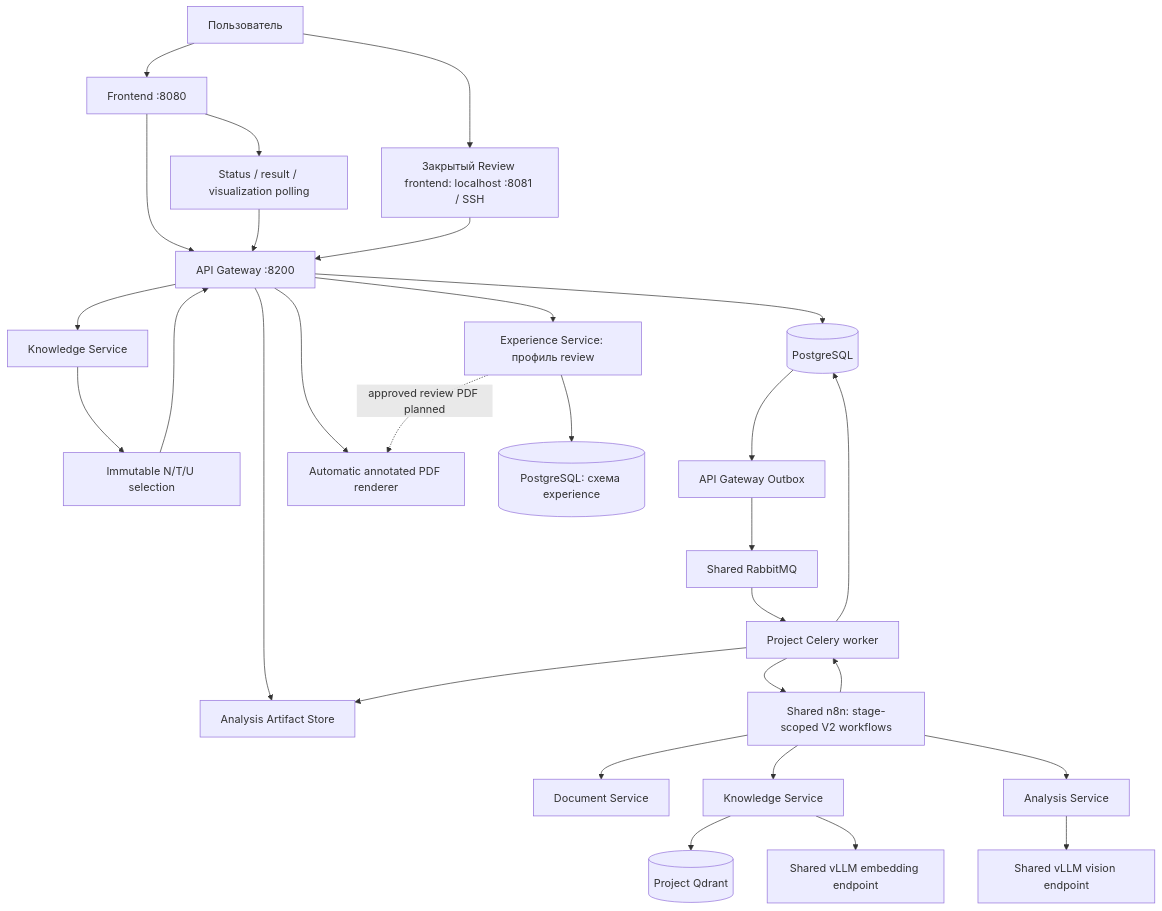
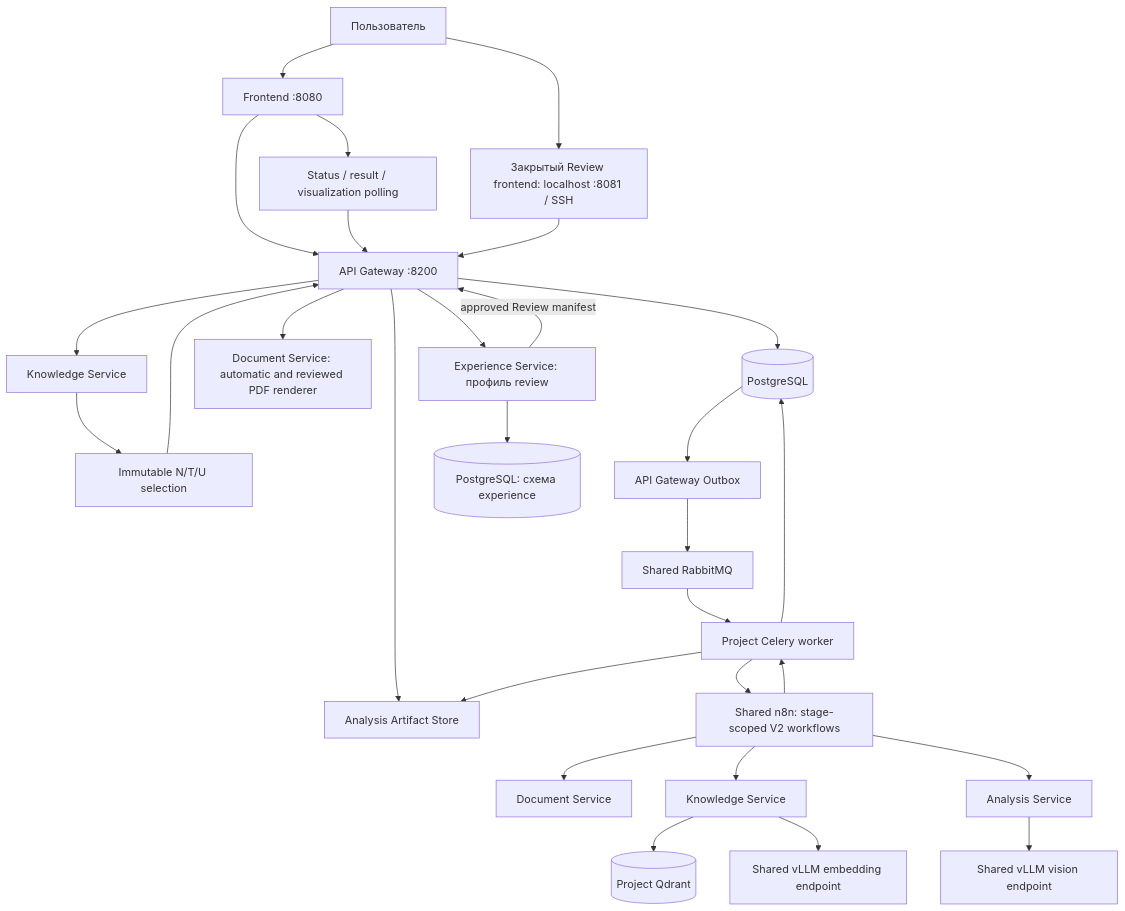
The first of 15 diagrams in README.md (Amadu-A/PDRD-validation), drawn with Mermaid before and after one commit. The commit also changed other lines of this file and 56 other files, not shown here.

Commit message:
feat: export approved human review PDF

````diff
--- a/README.md
+++ b/README.md
@@ -136,31 +137,31 @@
 ```mermaid
 flowchart TD
     U["Пользователь"] --> FE["Frontend :8080"]
     FE --> GW["API Gateway :8200"]
     GW --> FS["Analysis Artifact Store"]
     GW --> KS["Knowledge Service"]
     KS --> RESOLVE["Immutable N/T/U selection"]
     RESOLVE --> GW
     GW --> PG[("PostgreSQL")]
     PG --> O["API Gateway Outbox"]
     O --> RMQ["Shared RabbitMQ"]
     RMQ --> W["Project Celery worker"]
     W --> N8N["Shared n8n: stage-scoped V2 workflows"]
     N8N --> DS["Document Service"]
     N8N --> KS2["Knowledge Service"]
     N8N --> AS["Analysis Service"]
     KS2 --> QD[("Project Qdrant")]
     KS2 --> EMB["Shared vLLM embedding endpoint"]
     AS --> VLM["Shared vLLM vision endpoint"]
     N8N --> W
     W --> PG
     W --> FS
     FE --> POLL["Status / result / visualization polling"]
     POLL --> GW
-    GW --> DS2["Automatic annotated PDF renderer"]
+    GW --> DS2["Document Service: automatic and reviewed PDF renderer"]
     U --> RF["Закрытый Review frontend: localhost :8081 / SSH"]
     RF --> GW
     GW --> EXP["Experience Service: профиль review"]
     EXP --> RP[("PostgreSQL: схема experience")]
-    EXP -. "approved review PDF planned" .-> DS2
+    EXP -->|approved Review manifest| GW
 ```
````
